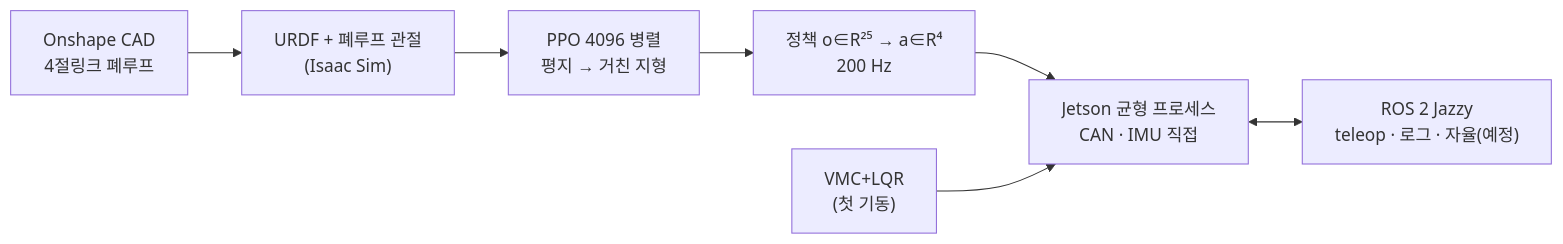
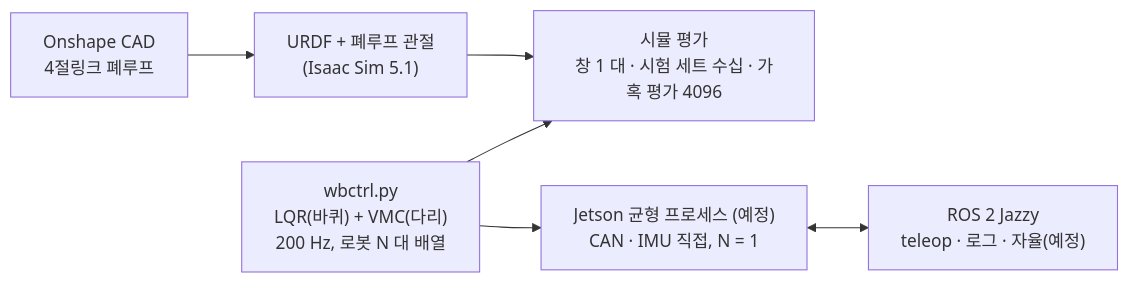
Before and after one commit to AkimaraYouki/perseverance: the diagram in docs/lab-meeting/README.md, drawn with Mermaid. The commit also changed other lines of this file and 6 other files, not shown here.

First line of the commit message:
docs: 2026-09-26 ~ 10-04 내용 반영 — 제어 문서 신설 (wbctrl 하나, 마찰 보상, 회전 상한, 평가), AK45-10 실측·MIT vs 서보·UART·토크 상한, IMU·라이다 실측, USB-C 인터넷 공유

````diff
--- a/docs/lab-meeting/README.md
+++ b/docs/lab-meeting/README.md
@@ -16,9 +17,8 @@
 ```mermaid
 flowchart LR
-  CAD["Onshape CAD<br/>4절링크 폐루프"] --> URDF["URDF + 폐루프 관절<br/>(Isaac Sim)"]
-  URDF --> RL["PPO 4096 병렬<br/>평지 → 거친 지형"]
-  RL --> POL["정책 o∈R²⁵ → a∈R⁴<br/>200 Hz"]
-  POL --> JET["Jetson 균형 프로세스<br/>CAN · IMU 직접"]
-  LQR["VMC+LQR<br/>(첫 기동)"] --> JET
+  CAD["Onshape CAD<br/>4절링크 폐루프"] --> URDF["URDF + 폐루프 관절<br/>(Isaac Sim 5.1)"]
+  URDF --> SIM["시뮬 평가<br/>창 1 대 · 시험 세트 수십 · 가혹 평가 4096"]
+  CTRL["wbctrl.py<br/>LQR(바퀴) + VMC(다리)<br/>200 Hz, 로봇 N 대 배열"] --> SIM
+  CTRL --> JET["Jetson 균형 프로세스 (예정)<br/>CAN · IMU 직접, N = 1"]
   JET <--> ROS["ROS 2 Jazzy<br/>teleop · 로그 · 자율(예정)"]
 ```
````
